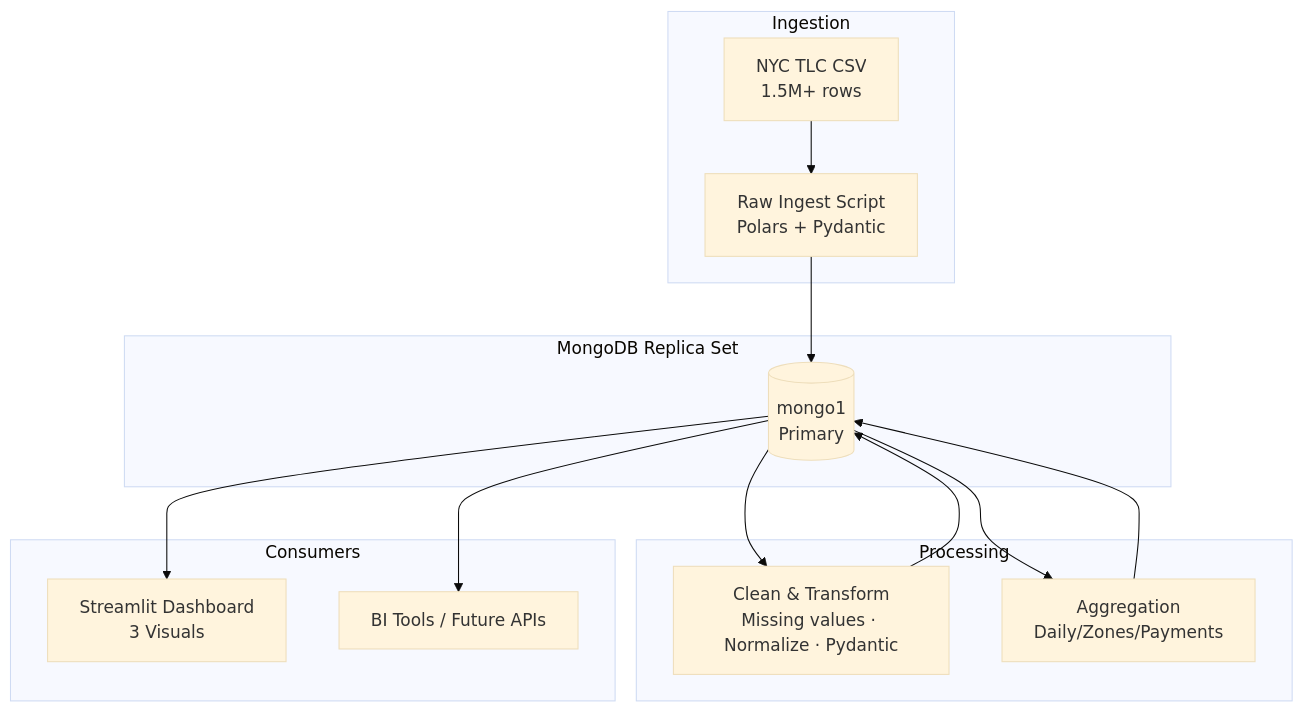
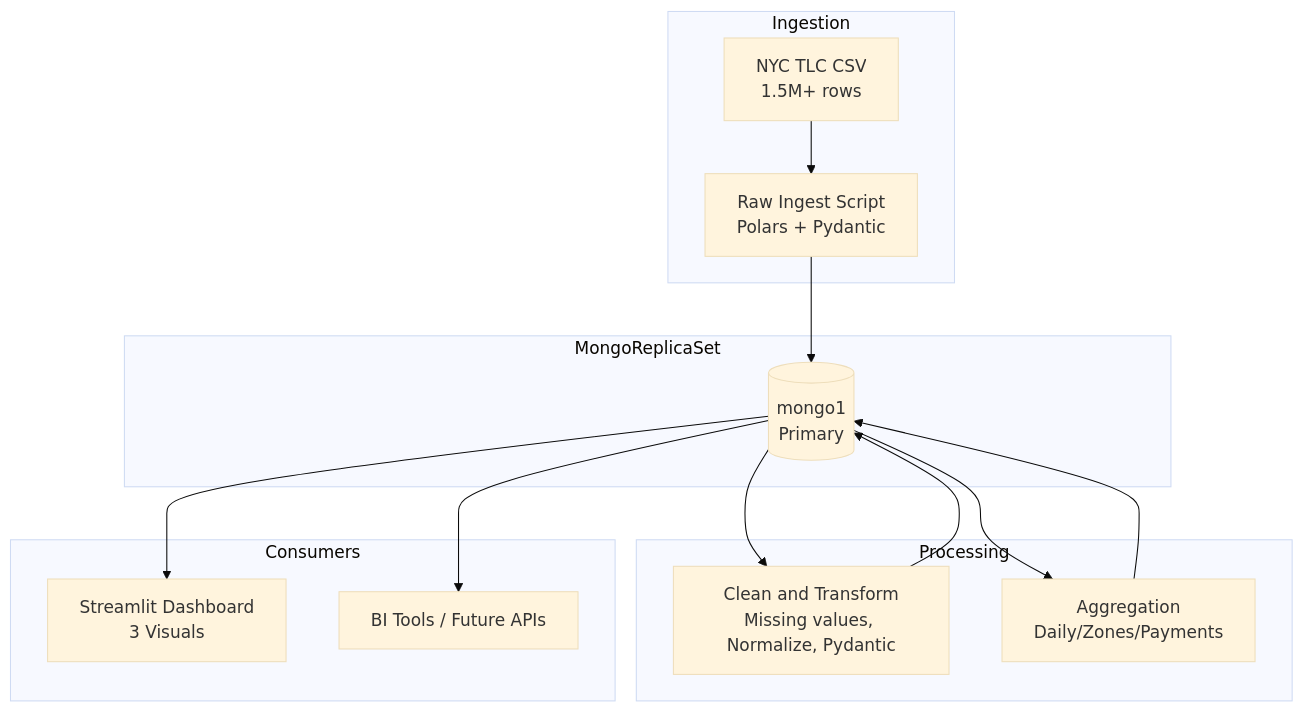
The diagram in README.md (Eswar3605/bigdata-mongo-taxi), drawn with Mermaid (base theme) before and after one commit. The commit also changed 1 other file, not shown here.

Commit message:
Simplify Mermaid diagram syntax - remove quotes and special characters for GitHub compatibility

````diff
--- a/README.md
+++ b/README.md
@@ -12,30 +12,30 @@
 ```mermaid
 flowchart TB
-    subgraph Ingestion["Ingestion"]
-        A["NYC TLC CSV<br/>1.5M+ rows"]
-        B["Raw Ingest Script<br/>Polars + Pydantic"]
+    subgraph Ingestion
+        A[NYC TLC CSV<br/>1.5M+ rows]
+        B[Raw Ingest Script<br/>Polars + Pydantic]
     end
 
-    subgraph MongoReplicaSet["MongoDB Replica Set"]
-        M1[("mongo1<br/>Primary")]
+    subgraph MongoReplicaSet
+        M1[(mongo1<br/>Primary)]
     end
 
-    subgraph Processing["Processing"]
-        C["Clean & Transform<br/>Missing values · Normalize · Pydantic"]
-        D["Aggregation<br/>Daily/Zones/Payments"]
+    subgraph Processing
+        C[Clean and Transform<br/>Missing values, Normalize, Pydantic]
+        D[Aggregation<br/>Daily/Zones/Payments]
     end
 
-    subgraph Consumers["Consumers"]
-        E["Streamlit Dashboard<br/>3 Visuals"]
-        F["BI Tools / Future APIs"]
+    subgraph Consumers
+        E[Streamlit Dashboard<br/>3 Visuals]
+        F[BI Tools / Future APIs]
     end
 
     A --> B
     B --> M1
     M1 --> C
     C --> M1
     M1 --> D
     D --> M1
     M1 --> E
     M1 --> F
 ```
````
